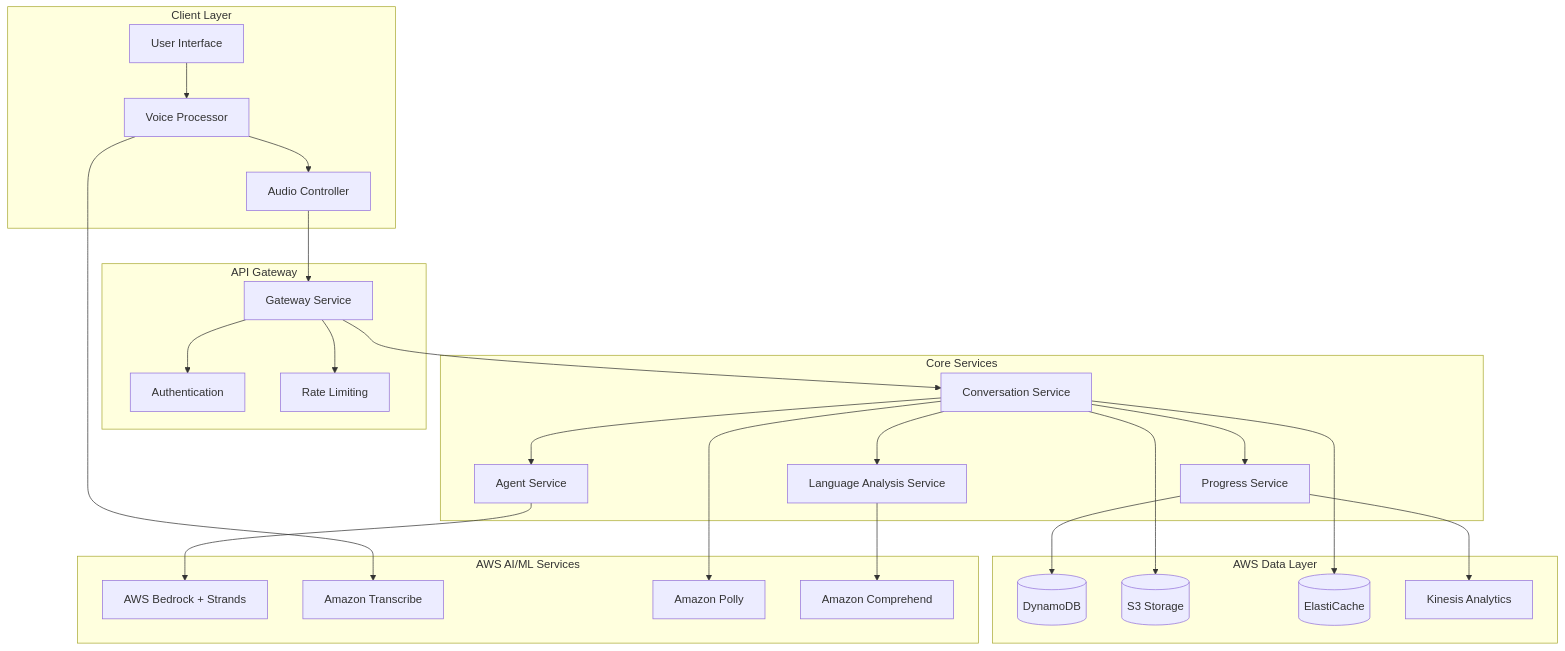
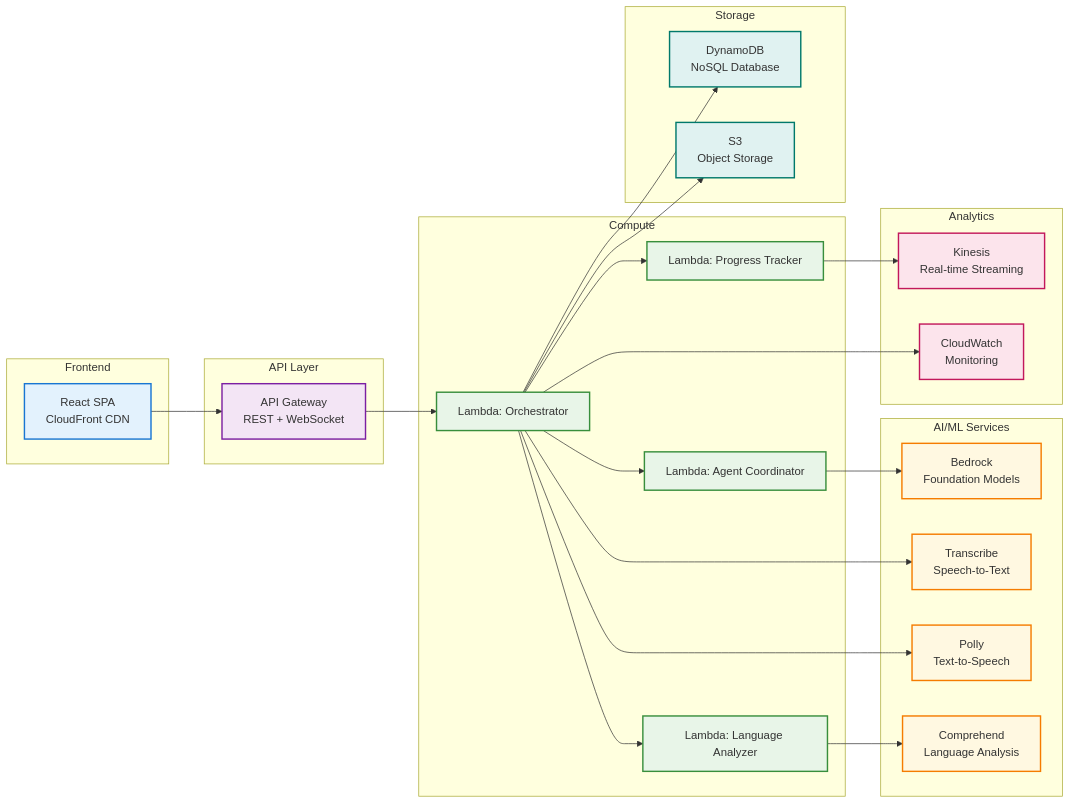
One commit to asharanees/Language-Peer changed the fifth of 7 diagrams in docs/architecture-diagram.md. Above: the diagram before and after it, drawn with Mermaid. The commit also changed other lines of this file and 132 other files, not shown here.

````diff
--- a/docs/architecture-diagram.md
+++ b/docs/architecture-diagram.md
@@ -5,53 +308,65 @@
 ```mermaid
-graph TB
-    subgraph "Client Layer"
-        UI[User Interface]
-        VP[Voice Processor]
-        AC[Audio Controller]
+graph LR
+    subgraph "Frontend"
+        FE[React SPA<br/>CloudFront CDN]
     end
     
-    subgraph "API Gateway"
-        GW[Gateway Service]
-        AUTH[Authentication]
-        RATE[Rate Limiting]
+    subgraph "API Layer"
+        AG[API Gateway<br/>REST + WebSocket]
     end
     
-    subgraph "Core Services"
-        CS[Conversation Service]
-        AS[Agent Service]
-        LS[Language Analysis Service]
-        PS[Progress Service]
+    subgraph "Compute"
+        L1[Lambda: Orchestrator]
+        L2[Lambda: Agent Coordinator]
+        L3[Lambda: Language Analyzer]
+        L4[Lambda: Progress Tracker]
     end
     
-    subgraph "AWS AI/ML Services"
-        BEDROCK[AWS Bedrock + Strands]
-        TRANSCRIBE[Amazon Transcribe]
-        POLLY[Amazon Polly]
-        COMPREHEND[Amazon Comprehend]
+    subgraph "AI/ML Services"
+        BR[Bedrock<br/>Foundation Models]
+        TR[Transcribe<br/>Speech-to-Text]
+        PO[Polly<br/>Text-to-Speech]
+        CO[Comprehend<br/>Language Analysis]
     end
     
-    subgraph "AWS Data Layer"
-        DYNAMO[(DynamoDB)]
-        S3[(S3 Storage)]
-        ELASTICACHE[(ElastiCache)]
-        KINESIS[Kinesis Analytics]
+    subgraph "Storage"
+        DB[DynamoDB<br/>NoSQL Database]
+        S3[S3<br/>Object Storage]
     end
     
-    UI --> VP
-    VP --> AC
-    AC --> GW
-    GW --> AUTH
-    GW --> RATE
-    GW --> CS
-    CS --> AS
-    CS --> LS
-    CS --> PS
-    AS --> BEDROCK
-    VP --> TRANSCRIBE
-    CS --> POLLY
-    LS --> COMPREHEND
-    PS --> DYNAMO
-    CS --> S3
-    PS --> KINESIS
-    CS --> ELASTICACHE
+    subgraph "Analytics"
+        KI[Kinesis<br/>Real-time Streaming]
+        CW[CloudWatch<br/>Monitoring]
+    end
+    
+    FE --> AG
+    AG --> L1
+    L1 --> L2
+    L1 --> L3
+    L1 --> L4
+    
+    L2 --> BR
+    L1 --> TR
+    L1 --> PO
+    L3 --> CO
+    
+    L1 --> DB
+    L1 --> S3
+    L4 --> KI
+    L1 --> CW
+    
+    %% Styling
+    classDef frontend fill:#e3f2fd,stroke:#1976d2,stroke-width:2px
+    classDef api fill:#f3e5f5,stroke:#7b1fa2,stroke-width:2px
+    classDef compute fill:#e8f5e8,stroke:#388e3c,stroke-width:2px
+    classDef ai fill:#fff8e1,stroke:#f57c00,stroke-width:2px
+    classDef storage fill:#e0f2f1,stroke:#00796b,stroke-width:2px
+    classDef analytics fill:#fce4ec,stroke:#c2185b,stroke-width:2px
+    
+    class FE frontend
+    class AG api
+    class L1,L2,L3,L4 compute
+    class BR,TR,PO,CO ai
+    class DB,S3 storage
+    class KI,CW analytics
 ```
````
